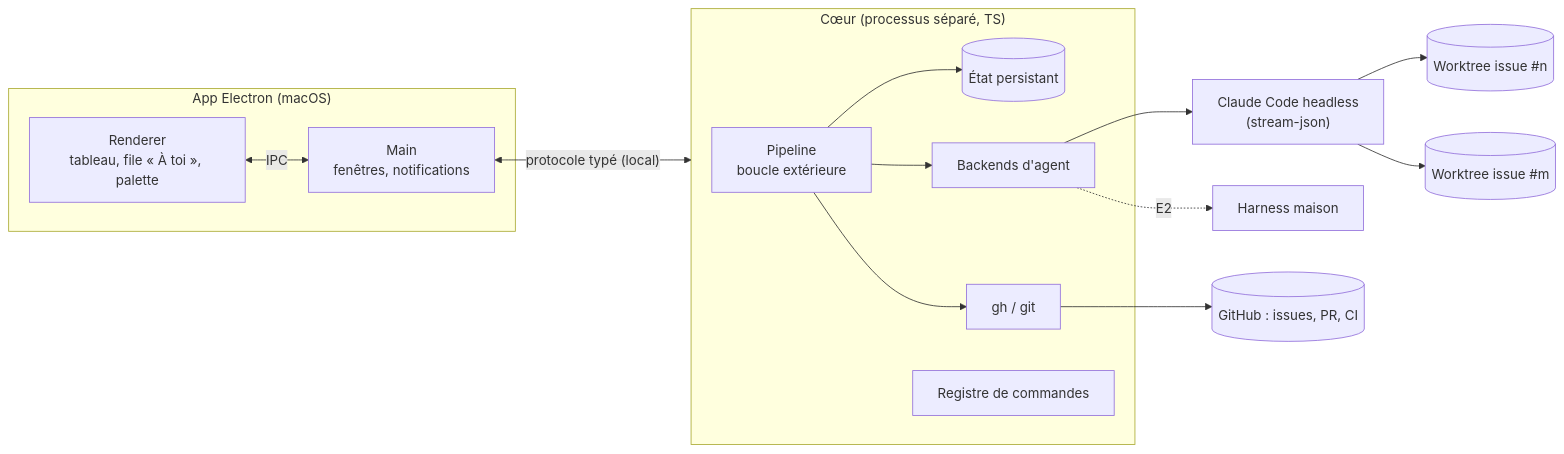
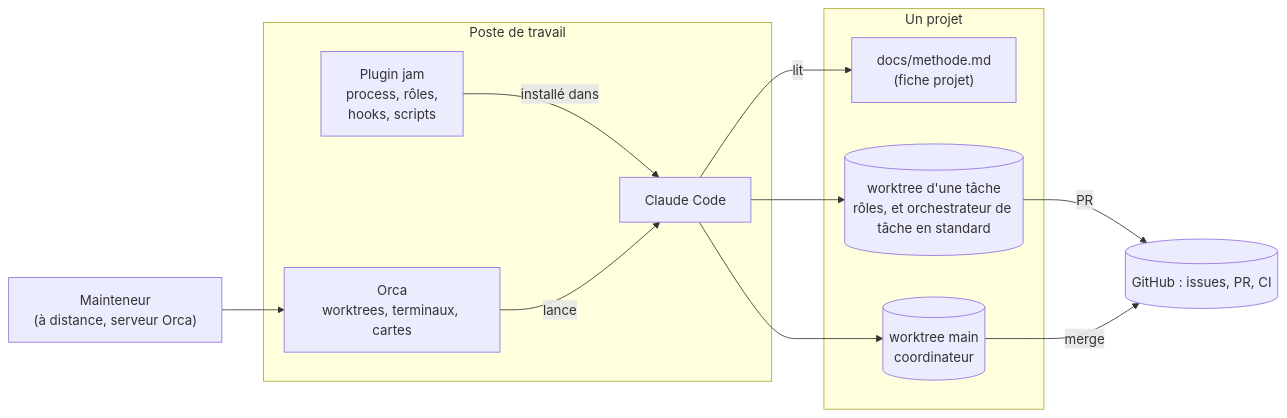
One commit to jammindev/jam changed the diagram in docs/specs/02-ARCHITECTURE.md. Above: the diagram before and after it, drawn with Mermaid. The commit also changed other lines of this file and 40 other files, not shown here.

````diff
--- a/docs/specs/02-ARCHITECTURE.md
+++ b/docs/specs/02-ARCHITECTURE.md
@@ -7,18 +7,21 @@
 ```mermaid
 flowchart LR
-  subgraph App["App Electron (macOS)"]
-    R["Renderer<br/>tableau, file « À toi », palette"] <-->|IPC| M["Main<br/>fenêtres, notifications"]
+  subgraph Poste["Poste de travail"]
+    K["Plugin jam<br/>process, rôles,<br/>hooks, scripts"]
+    CC["Claude Code"]
+    O["Orca<br/>worktrees, terminaux, cartes"]
+    K -->|installé dans| CC
+    O -->|lance| CC
   end
-  M <-->|"protocole typé (local)"| C
-  subgraph C["Cœur (processus séparé, TS)"]
-    PL["Pipeline<br/>boucle extérieure"] --> ST[("État persistant")]
-    PL --> BA["Backends d'agent"]
-    PL --> GH["gh / git"]
-    CMD["Registre de commandes"]
+  subgraph P["Un projet"]
+    F["docs/methode.md<br/>(fiche projet)"]
+    WM[("worktree main<br/>coordinateur")]
+    WT[("worktree d'une tâche<br/>rôles, et orchestrateur de tâche en standard")]
   end
-  BA --> B1["Claude Code headless<br/>(stream-json)"]
-  BA -.->|E2| B2["Harness maison"]
-  B1 --> W1[("Worktree issue #n")]
-  B1 --> W2[("Worktree issue #m")]
-  GH --> GHUB[(GitHub : issues, PR, CI)]
+  CC --> WM
+  CC --> WT
+  CC -->|lit| F
+  WT -->|PR| GH[(GitHub : issues, PR, CI)]
+  WM -->|merge| GH
+  M["Mainteneur<br/>(à distance, serveur Orca)"] --> O
 ```
````
